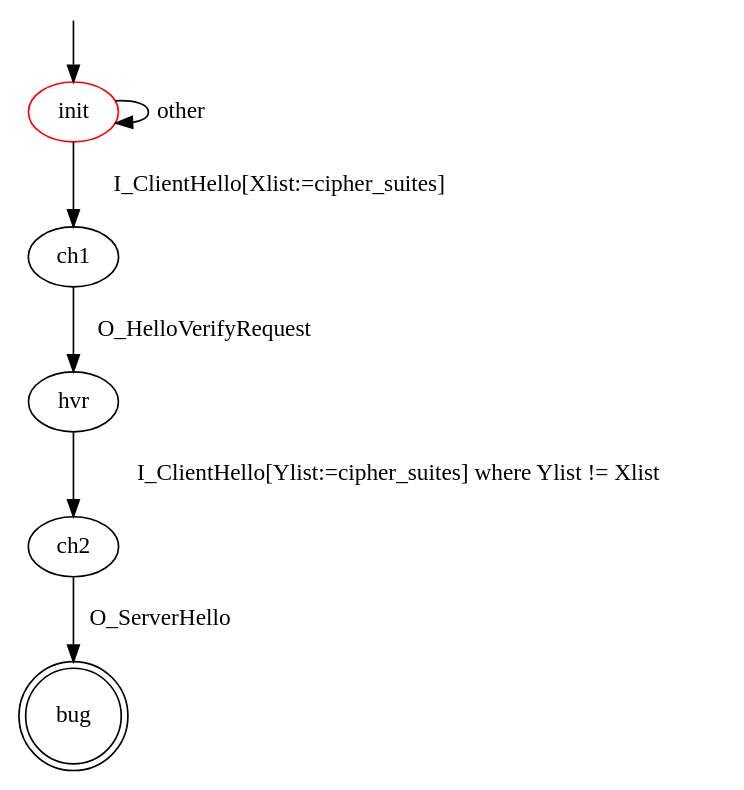
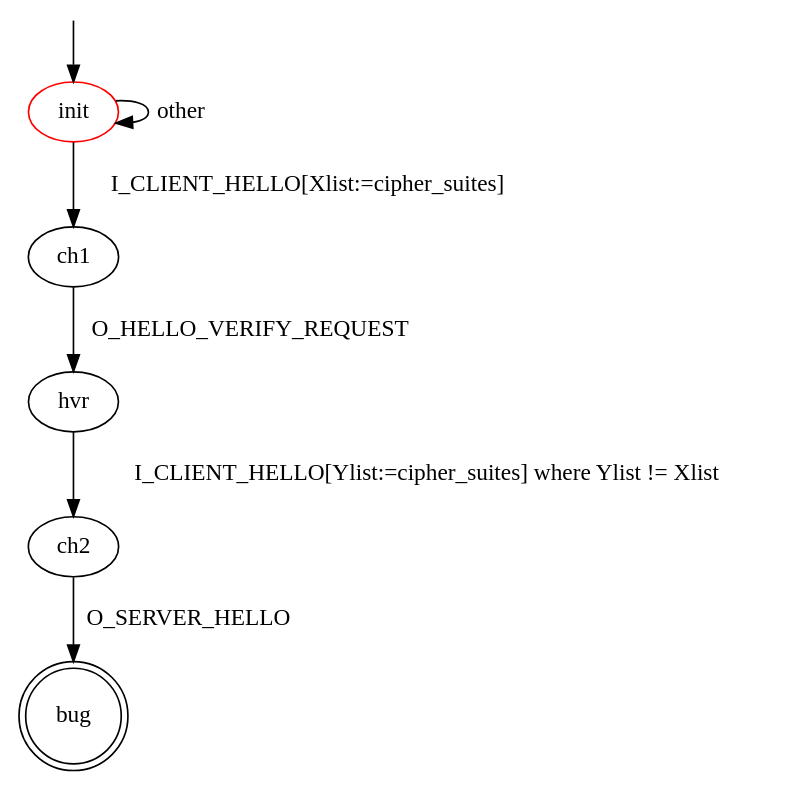
Before and after one commit to assist-project/state-machine-bug-finder: the diagram in src/main/resources/patterns/dtls/server/parametric/non-conforming_cookie.dot, drawn with Graphviz. The commit also changed 53 other files, not shown here.

```diff
--- a/src/main/resources/patterns/dtls/server/parametric/non-conforming_cookie.dot
+++ b/src/main/resources/patterns/dtls/server/parametric/non-conforming_cookie.dot
@@ -1,17 +1,17 @@
 digraph G {
 label=""
 init [color="red"]
 bug [shape="doublecircle"]
  
-init -> ch1 [label="I_ClientHello[Xlist:=cipher_suites]"]
+init -> ch1 [label="I_CLIENT_HELLO[Xlist:=cipher_suites]"]
 init -> init [label="other"]
 
-ch1 -> hvr [label="O_HelloVerifyRequest"]
+ch1 -> hvr [label="O_HELLO_VERIFY_REQUEST"]
 
-hvr -> ch2 [label="I_ClientHello[Ylist:=cipher_suites] where Ylist != Xlist"]
+hvr -> ch2 [label="I_CLIENT_HELLO[Ylist:=cipher_suites] where Ylist != Xlist"]
 
-ch2 -> bug [label="O_ServerHello"]
+ch2 -> bug [label="O_SERVER_HELLO"]
 
 __start0 [label="" shape="none" width="0" height="0"];
 __start0 -> init;
 }
```
